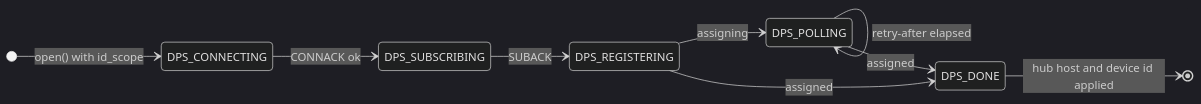
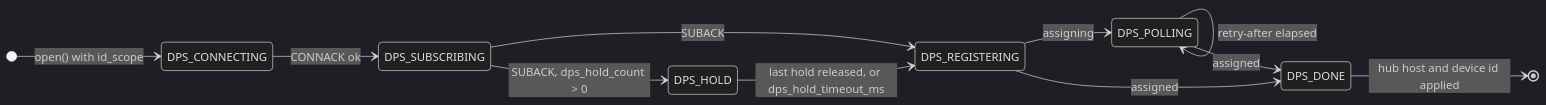
The second of 9 diagrams in c/docs/eng/connection-c.md (Azure/azure-iot-sdk), drawn with Mermaid (dark theme) before and after one commit. The commit also changed other lines of this file and 2 other files, not shown here.

````diff
--- a/c/docs/eng/connection-c.md
+++ b/c/docs/eng/connection-c.md
@@ -88,12 +92,14 @@
 ```mermaid
 stateDiagram-v2
     direction LR
     [*] --> DPS_CONNECTING: open() with id_scope
     DPS_CONNECTING --> DPS_SUBSCRIBING: CONNACK ok
     DPS_SUBSCRIBING --> DPS_REGISTERING: SUBACK
+    DPS_SUBSCRIBING --> DPS_HOLD: SUBACK, dps_hold_count > 0
+    DPS_HOLD --> DPS_REGISTERING: last hold released, or dps_hold_timeout_ms
     DPS_REGISTERING --> DPS_POLLING: assigning
     DPS_POLLING --> DPS_POLLING: retry-after elapsed
     DPS_POLLING --> DPS_DONE: assigned
     DPS_REGISTERING --> DPS_DONE: assigned
     DPS_DONE --> [*]: hub host and device id applied
 ```
````
